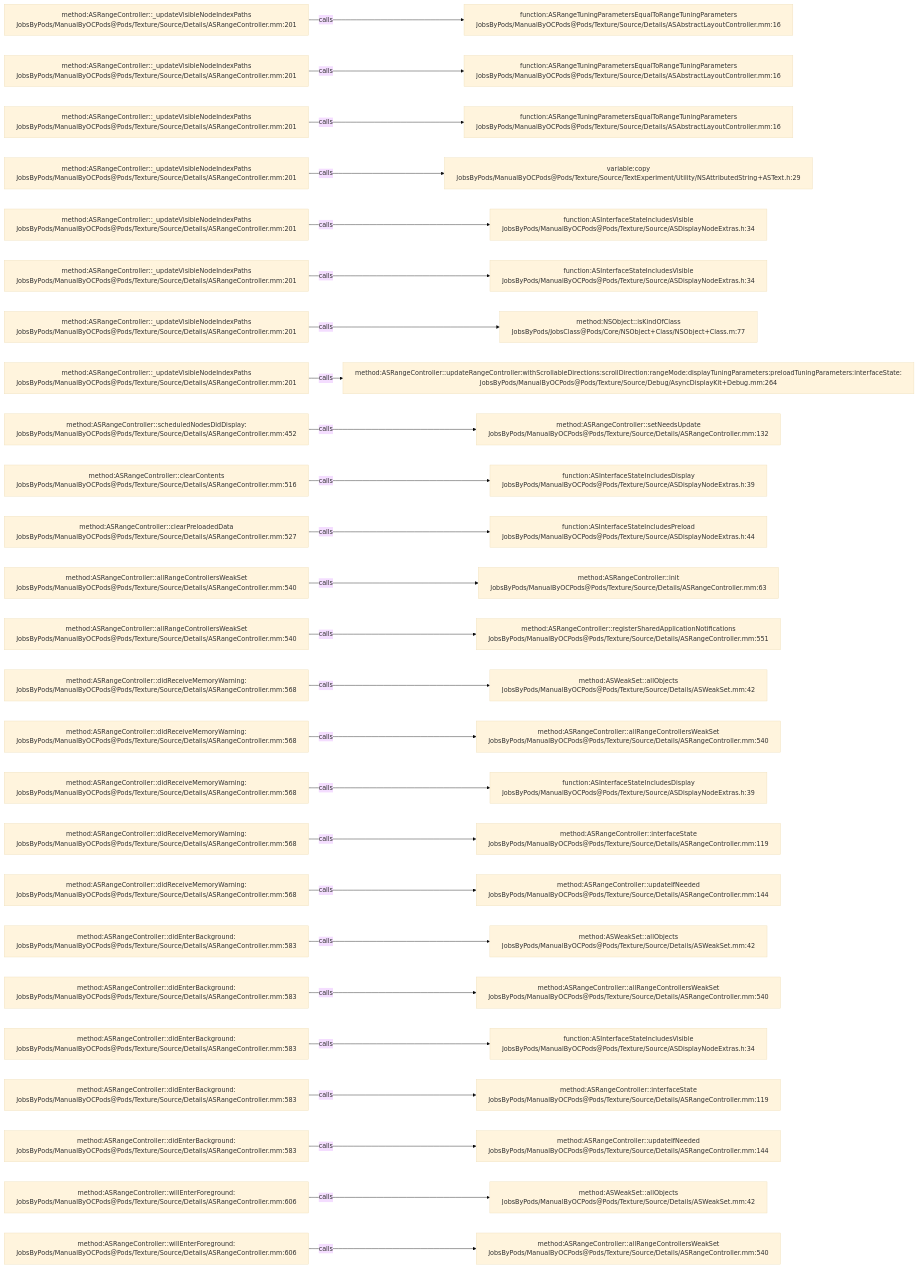
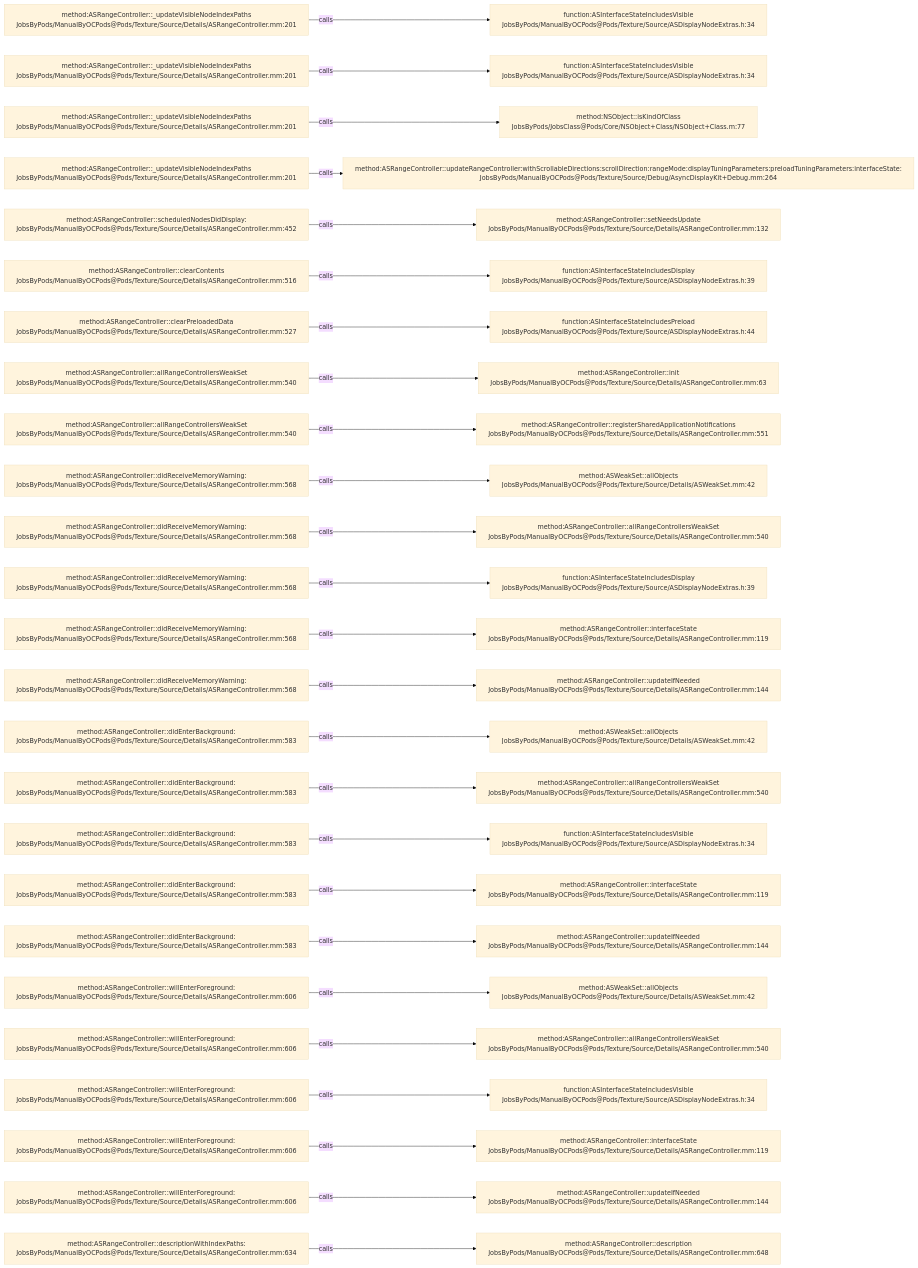
One commit to JobsKits/JobsOCBaseConfigDemo changed the diagram in .codegraph/codegraph.md/graphs/calls-162.md. Above: the diagram before and after it, drawn with Mermaid (base theme). The commit also changed 727 other files, not shown here.

````diff
--- a/.codegraph/codegraph.md/graphs/calls-162.md
+++ b/.codegraph/codegraph.md/graphs/calls-162.md
@@ -13,78 +13,78 @@
 ```mermaid
 flowchart LR
   S1["method:ASRangeController::_updateVisibleNodeIndexPaths<br/>JobsByPods/ManualByOCPods@Pods/Texture/Source/Details/ASRangeController.mm:201"]
-  T1["function:ASRangeTuningParametersEqualToRangeTuningParameters<br/>JobsByPods/ManualByOCPods@Pods/Texture/Source/Details/ASAbstractLayoutController.mm:16"]
+  T1["function:ASInterfaceStateIncludesVisible<br/>JobsByPods/ManualByOCPods@Pods/Texture/Source/ASDisplayNodeExtras.h:34"]
   S1 -->|calls| T1
   S2["method:ASRangeController::_updateVisibleNodeIndexPaths<br/>JobsByPods/ManualByOCPods@Pods/Texture/Source/Details/ASRangeController.mm:201"]
-  T2["function:ASRangeTuningParametersEqualToRangeTuningParameters<br/>JobsByPods/ManualByOCPods@Pods/Texture/Source/Details/ASAbstractLayoutController.mm:16"]
+  T2["function:ASInterfaceStateIncludesVisible<br/>JobsByPods/ManualByOCPods@Pods/Texture/Source/ASDisplayNodeExtras.h:34"]
   S2 -->|calls| T2
   S3["method:ASRangeController::_updateVisibleNodeIndexPaths<br/>JobsByPods/ManualByOCPods@Pods/Texture/Source/Details/ASRangeController.mm:201"]
-  T3["function:ASRangeTuningParametersEqualToRangeTuningParameters<br/>JobsByPods/ManualByOCPods@Pods/Texture/Source/Details/ASAbstractLayoutController.mm:16"]
+  T3["method:NSObject::isKindOfClass<br/>JobsByPods/JobsClass@Pods/Core/NSObject+Class/NSObject+Class.m:77"]
   S3 -->|calls| T3
   S4["method:ASRangeController::_updateVisibleNodeIndexPaths<br/>JobsByPods/ManualByOCPods@Pods/Texture/Source/Details/ASRangeController.mm:201"]
-  T4["variable:copy<br/>JobsByPods/ManualByOCPods@Pods/Texture/Source/TextExperiment/Utility/NSAttributedString+ASText.h:29"]
+  T4["method:ASRangeController::updateRangeController:withScrollableDirections:scrollDirection:rangeMode:displayTuningParameters:preloadTuningParameters:interfaceState:<br/>JobsByPods/ManualByOCPods@Pods/Texture/Source/Debug/AsyncDisplayKit+Debug.mm:264"]
   S4 -->|calls| T4
-  S5["method:ASRangeController::_updateVisibleNodeIndexPaths<br/>JobsByPods/ManualByOCPods@Pods/Texture/Source/Details/ASRangeController.mm:201"]
-  T5["function:ASInterfaceStateIncludesVisible<br/>JobsByPods/ManualByOCPods@Pods/Texture/Source/ASDisplayNodeExtras.h:34"]
+  S5["method:ASRangeController::scheduledNodesDidDisplay:<br/>JobsByPods/ManualByOCPods@Pods/Texture/Source/Details/ASRangeController.mm:452"]
+  T5["method:ASRangeController::setNeedsUpdate<br/>JobsByPods/ManualByOCPods@Pods/Texture/Source/Details/ASRangeController.mm:132"]
   S5 -->|calls| T5
-  S6["method:ASRangeController::_updateVisibleNodeIndexPaths<br/>JobsByPods/ManualByOCPods@Pods/Texture/Source/Details/ASRangeController.mm:201"]
-  T6["function:ASInterfaceStateIncludesVisible<br/>JobsByPods/ManualByOCPods@Pods/Texture/Source/ASDisplayNodeExtras.h:34"]
+  S6["method:ASRangeController::clearContents<br/>JobsByPods/ManualByOCPods@Pods/Texture/Source/Details/ASRangeController.mm:516"]
+  T6["function:ASInterfaceStateIncludesDisplay<br/>JobsByPods/ManualByOCPods@Pods/Texture/Source/ASDisplayNodeExtras.h:39"]
   S6 -->|calls| T6
-  S7["method:ASRangeController::_updateVisibleNodeIndexPaths<br/>JobsByPods/ManualByOCPods@Pods/Texture/Source/Details/ASRangeController.mm:201"]
-  T7["method:NSObject::isKindOfClass<br/>JobsByPods/JobsClass@Pods/Core/NSObject+Class/NSObject+Class.m:77"]
+  S7["method:ASRangeController::clearPreloadedData<br/>JobsByPods/ManualByOCPods@Pods/Texture/Source/Details/ASRangeController.mm:527"]
+  T7["function:ASInterfaceStateIncludesPreload<br/>JobsByPods/ManualByOCPods@Pods/Texture/Source/ASDisplayNodeExtras.h:44"]
   S7 -->|calls| T7
-  S8["method:ASRangeController::_updateVisibleNodeIndexPaths<br/>JobsByPods/ManualByOCPods@Pods/Texture/Source/Details/ASRangeController.mm:201"]
-  T8["method:ASRangeController::updateRangeController:withScrollableDirections:scrollDirection:rangeMode:displayTuningParameters:preloadTuningParameters:interfaceState:<br/>JobsByPods/ManualByOCPods@Pods/Texture/Source/Debug/AsyncDisplayKit+Debug.mm:264"]
+  S8["method:ASRangeController::allRangeControllersWeakSet<br/>JobsByPods/ManualByOCPods@Pods/Texture/Source/Details/ASRangeController.mm:540"]
+  T8["method:ASRangeController::init<br/>JobsByPods/ManualByOCPods@Pods/Texture/Source/Details/ASRangeController.mm:63"]
   S8 -->|calls| T8
-  S9["method:ASRangeController::scheduledNodesDidDisplay:<br/>JobsByPods/ManualByOCPods@Pods/Texture/Source/Details/ASRangeController.mm:452"]
-  T9["method:ASRangeController::setNeedsUpdate<br/>JobsByPods/ManualByOCPods@Pods/Texture/Source/Details/ASRangeController.mm:132"]
+  S9["method:ASRangeController::allRangeControllersWeakSet<br/>JobsByPods/ManualByOCPods@Pods/Texture/Source/Details/ASRangeController.mm:540"]
+  T9["method:ASRangeController::registerSharedApplicationNotifications<br/>JobsByPods/ManualByOCPods@Pods/Texture/Source/Details/ASRangeController.mm:551"]
   S9 -->|calls| T9
-  S10["method:ASRangeController::clearContents<br/>JobsByPods/ManualByOCPods@Pods/Texture/Source/Details/ASRangeController.mm:516"]
-  T10["function:ASInterfaceStateIncludesDisplay<br/>JobsByPods/ManualByOCPods@Pods/Texture/Source/ASDisplayNodeExtras.h:39"]
+  S10["method:ASRangeController::didReceiveMemoryWarning:<br/>JobsByPods/ManualByOCPods@Pods/Texture/Source/Details/ASRangeController.mm:568"]
+  T10["method:ASWeakSet::allObjects<br/>JobsByPods/ManualByOCPods@Pods/Texture/Source/Details/ASWeakSet.mm:42"]
   S10 -->|calls| T10
-  S11["method:ASRangeController::clearPreloadedData<br/>JobsByPods/ManualByOCPods@Pods/Texture/Source/Details/ASRangeController.mm:527"]
-  T11["function:ASInterfaceStateIncludesPreload<br/>JobsByPods/ManualByOCPods@Pods/Texture/Source/ASDisplayNodeExtras.h:44"]
+  S11["method:ASRangeController::didReceiveMemoryWarning:<br/>JobsByPods/ManualByOCPods@Pods/Texture/Source/Details/ASRangeController.mm:568"]
+  T11["method:ASRangeController::allRangeControllersWeakSet<br/>JobsByPods/ManualByOCPods@Pods/Texture/Source/Details/ASRangeController.mm:540"]
   S11 -->|calls| T11
-  S12["method:ASRangeController::allRangeControllersWeakSet<br/>JobsByPods/ManualByOCPods@Pods/Texture/Source/Details/ASRangeController.mm:540"]
-  T12["method:ASRangeController::init<br/>JobsByPods/ManualByOCPods@Pods/Texture/Source/Details/ASRangeController.mm:63"]
+  S12["method:ASRangeController::didReceiveMemoryWarning:<br/>JobsByPods/ManualByOCPods@Pods/Texture/Source/Details/ASRangeController.mm:568"]
+  T12["function:ASInterfaceStateIncludesDisplay<br/>JobsByPods/ManualByOCPods@Pods/Texture/Source/ASDisplayNodeExtras.h:39"]
   S12 -->|calls| T12
-  S13["method:ASRangeController::allRangeControllersWeakSet<br/>JobsByPods/ManualByOCPods@Pods/Texture/Source/Details/ASRangeController.mm:540"]
-  T13["method:ASRangeController::registerSharedApplicationNotifications<br/>JobsByPods/ManualByOCPods@Pods/Texture/Source/Details/ASRangeController.mm:551"]
+  S13["method:ASRangeController::didReceiveMemoryWarning:<br/>JobsByPods/ManualByOCPods@Pods/Texture/Source/Details/ASRangeController.mm:568"]
+  T13["method:ASRangeController::interfaceState<br/>JobsByPods/ManualByOCPods@Pods/Texture/Source/Details/ASRangeController.mm:119"]
   S13 -->|calls| T13
   S14["method:ASRangeController::didReceiveMemoryWarning:<br/>JobsByPods/ManualByOCPods@Pods/Texture/Source/Details/ASRangeController.mm:568"]
-  T14["method:ASWeakSet::allObjects<br/>JobsByPods/ManualByOCPods@Pods/Texture/Source/Details/ASWeakSet.mm:42"]
+  T14["method:ASRangeController::updateIfNeeded<br/>JobsByPods/ManualByOCPods@Pods/Texture/Source/Details/ASRangeController.mm:144"]
   S14 -->|calls| T14
-  S15["method:ASRangeController::didReceiveMemoryWarning:<br/>JobsByPods/ManualByOCPods@Pods/Texture/Source/Details/ASRangeController.mm:568"]
-  T15["method:ASRangeController::allRangeControllersWeakSet<br/>JobsByPods/ManualByOCPods@Pods/Texture/Source/Details/ASRangeController.mm:540"]
+  S15["method:ASRangeController::didEnterBackground:<br/>JobsByPods/ManualByOCPods@Pods/Texture/Source/Details/ASRangeController.mm:583"]
+  T15["method:ASWeakSet::allObjects<br/>JobsByPods/ManualByOCPods@Pods/Texture/Source/Details/ASWeakSet.mm:42"]
   S15 -->|calls| T15
-  S16["method:ASRangeController::didReceiveMemoryWarning:<br/>JobsByPods/ManualByOCPods@Pods/Texture/Source/Details/ASRangeController.mm:568"]
-  T16["function:ASInterfaceStateIncludesDisplay<br/>JobsByPods/ManualByOCPods@Pods/Texture/Source/ASDisplayNodeExtras.h:39"]
+  S16["method:ASRangeController::didEnterBackground:<br/>JobsByPods/ManualByOCPods@Pods/Texture/Source/Details/ASRangeController.mm:583"]
+  T16["method:ASRangeController::allRangeControllersWeakSet<br/>JobsByPods/ManualByOCPods@Pods/Texture/Source/Details/ASRangeController.mm:540"]
   S16 -->|calls| T16
-  S17["method:ASRangeController::didReceiveMemoryWarning:<br/>JobsByPods/ManualByOCPods@Pods/Texture/Source/Details/ASRangeController.mm:568"]
-  T17["method:ASRangeController::interfaceState<br/>JobsByPods/ManualByOCPods@Pods/Texture/Source/Details/ASRangeController.mm:119"]
+  S17["method:ASRangeController::didEnterBackground:<br/>JobsByPods/ManualByOCPods@Pods/Texture/Source/Details/ASRangeController.mm:583"]
+  T17["function:ASInterfaceStateIncludesVisible<br/>JobsByPods/ManualByOCPods@Pods/Texture/Source/ASDisplayNodeExtras.h:34"]
   S17 -->|calls| T17
-  S18["method:ASRangeController::didReceiveMemoryWarning:<br/>JobsByPods/ManualByOCPods@Pods/Texture/Source/Details/ASRangeController.mm:568"]
-  T18["method:ASRangeController::updateIfNeeded<br/>JobsByPods/ManualByOCPods@Pods/Texture/Source/Details/ASRangeController.mm:144"]
+  S18["method:ASRangeController::didEnterBackground:<br/>JobsByPods/ManualByOCPods@Pods/Texture/Source/Details/ASRangeController.mm:583"]
+  T18["method:ASRangeController::interfaceState<br/>JobsByPods/ManualByOCPods@Pods/Texture/Source/Details/ASRangeController.mm:119"]
   S18 -->|calls| T18
   S19["method:ASRangeController::didEnterBackground:<br/>JobsByPods/ManualByOCPods@Pods/Texture/Source/Details/ASRangeController.mm:583"]
-  T19["method:ASWeakSet::allObjects<br/>JobsByPods/ManualByOCPods@Pods/Texture/Source/Details/ASWeakSet.mm:42"]
+  T19["method:ASRangeController::updateIfNeeded<br/>JobsByPods/ManualByOCPods@Pods/Texture/Source/Details/ASRangeController.mm:144"]
   S19 -->|calls| T19
-  S20["method:ASRangeController::didEnterBackground:<br/>JobsByPods/ManualByOCPods@Pods/Texture/Source/Details/ASRangeController.mm:583"]
-  T20["method:ASRangeController::allRangeControllersWeakSet<br/>JobsByPods/ManualByOCPods@Pods/Texture/Source/Details/ASRangeController.mm:540"]
+  S20["method:ASRangeController::willEnterForeground:<br/>JobsByPods/ManualByOCPods@Pods/Texture/Source/Details/ASRangeController.mm:606"]
+  T20["method:ASWeakSet::allObjects<br/>JobsByPods/ManualByOCPods@Pods/Texture/Source/Details/ASWeakSet.mm:42"]
   S20 -->|calls| T20
-  S21["method:ASRangeController::didEnterBackground:<br/>JobsByPods/ManualByOCPods@Pods/Texture/Source/Details/ASRangeController.mm:583"]
-  T21["function:ASInterfaceStateIncludesVisible<br/>JobsByPods/ManualByOCPods@Pods/Texture/Source/ASDisplayNodeExtras.h:34"]
+  S21["method:ASRangeController::willEnterForeground:<br/>JobsByPods/ManualByOCPods@Pods/Texture/Source/Details/ASRangeController.mm:606"]
+  T21["method:ASRangeController::allRangeControllersWeakSet<br/>JobsByPods/ManualByOCPods@Pods/Texture/Source/Details/ASRangeController.mm:540"]
   S21 -->|calls| T21
-  S22["method:ASRangeController::didEnterBackground:<br/>JobsByPods/ManualByOCPods@Pods/Texture/Source/Details/ASRangeController.mm:583"]
-  T22["method:ASRangeController::interfaceState<br/>JobsByPods/ManualByOCPods@Pods/Texture/Source/Details/ASRangeController.mm:119"]
+  S22["method:ASRangeController::willEnterForeground:<br/>JobsByPods/ManualByOCPods@Pods/Texture/Source/Details/ASRangeController.mm:606"]
+  T22["function:ASInterfaceStateIncludesVisible<br/>JobsByPods/ManualByOCPods@Pods/Texture/Source/ASDisplayNodeExtras.h:34"]
   S22 -->|calls| T22
-  S23["method:ASRangeController::didEnterBackground:<br/>JobsByPods/ManualByOCPods@Pods/Texture/Source/Details/ASRangeController.mm:583"]
-  T23["method:ASRangeController::updateIfNeeded<br/>JobsByPods/ManualByOCPods@Pods/Texture/Source/Details/ASRangeController.mm:144"]
+  S23["method:ASRangeController::willEnterForeground:<br/>JobsByPods/ManualByOCPods@Pods/Texture/Source/Details/ASRangeController.mm:606"]
+  T23["method:ASRangeController::interfaceState<br/>JobsByPods/ManualByOCPods@Pods/Texture/Source/Details/ASRangeController.mm:119"]
   S23 -->|calls| T23
   S24["method:ASRangeController::willEnterForeground:<br/>JobsByPods/ManualByOCPods@Pods/Texture/Source/Details/ASRangeController.mm:606"]
-  T24["method:ASWeakSet::allObjects<br/>JobsByPods/ManualByOCPods@Pods/Texture/Source/Details/ASWeakSet.mm:42"]
+  T24["method:ASRangeController::updateIfNeeded<br/>JobsByPods/ManualByOCPods@Pods/Texture/Source/Details/ASRangeController.mm:144"]
   S24 -->|calls| T24
-  S25["method:ASRangeController::willEnterForeground:<br/>JobsByPods/ManualByOCPods@Pods/Texture/Source/Details/ASRangeController.mm:606"]
-  T25["method:ASRangeController::allRangeControllersWeakSet<br/>JobsByPods/ManualByOCPods@Pods/Texture/Source/Details/ASRangeController.mm:540"]
+  S25["method:ASRangeController::descriptionWithIndexPaths:<br/>JobsByPods/ManualByOCPods@Pods/Texture/Source/Details/ASRangeController.mm:634"]
+  T25["method:ASRangeController::description<br/>JobsByPods/ManualByOCPods@Pods/Texture/Source/Details/ASRangeController.mm:648"]
   S25 -->|calls| T25
 ```
````
